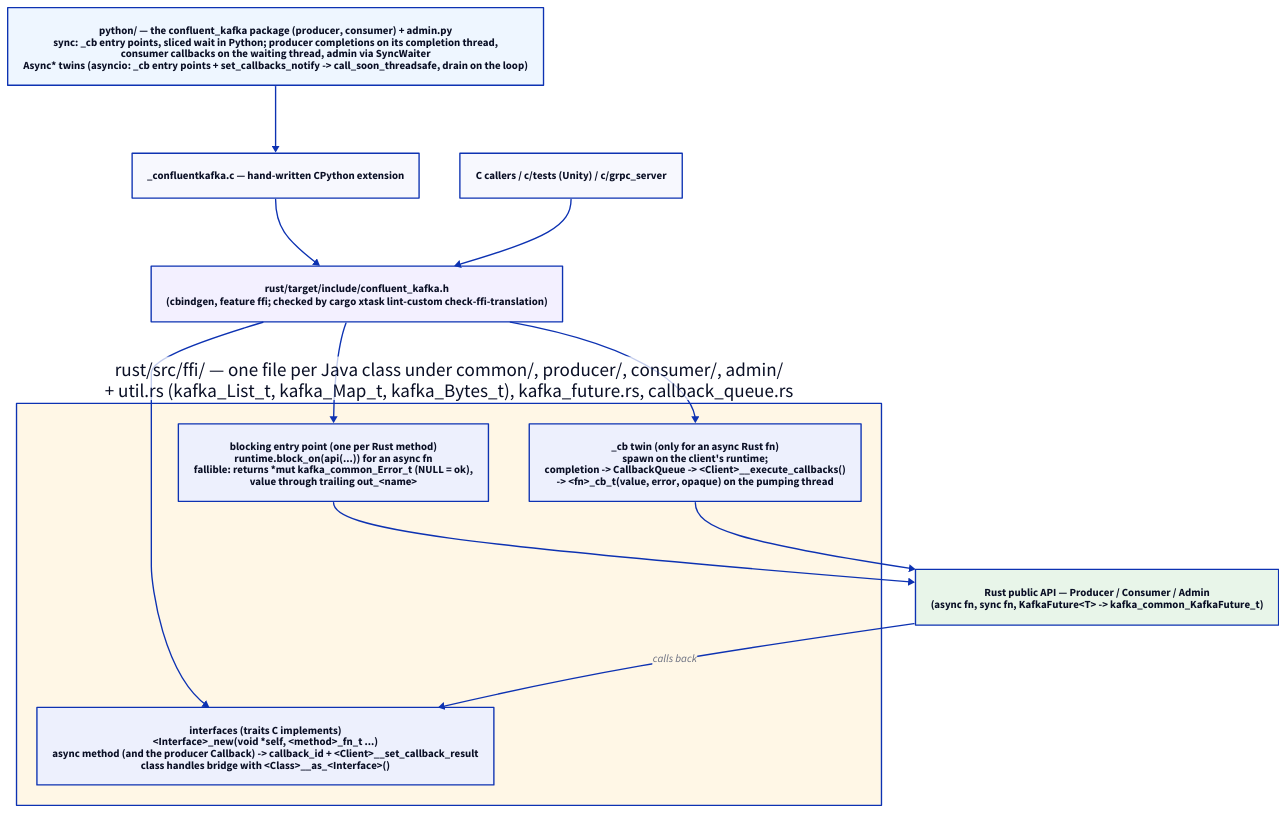
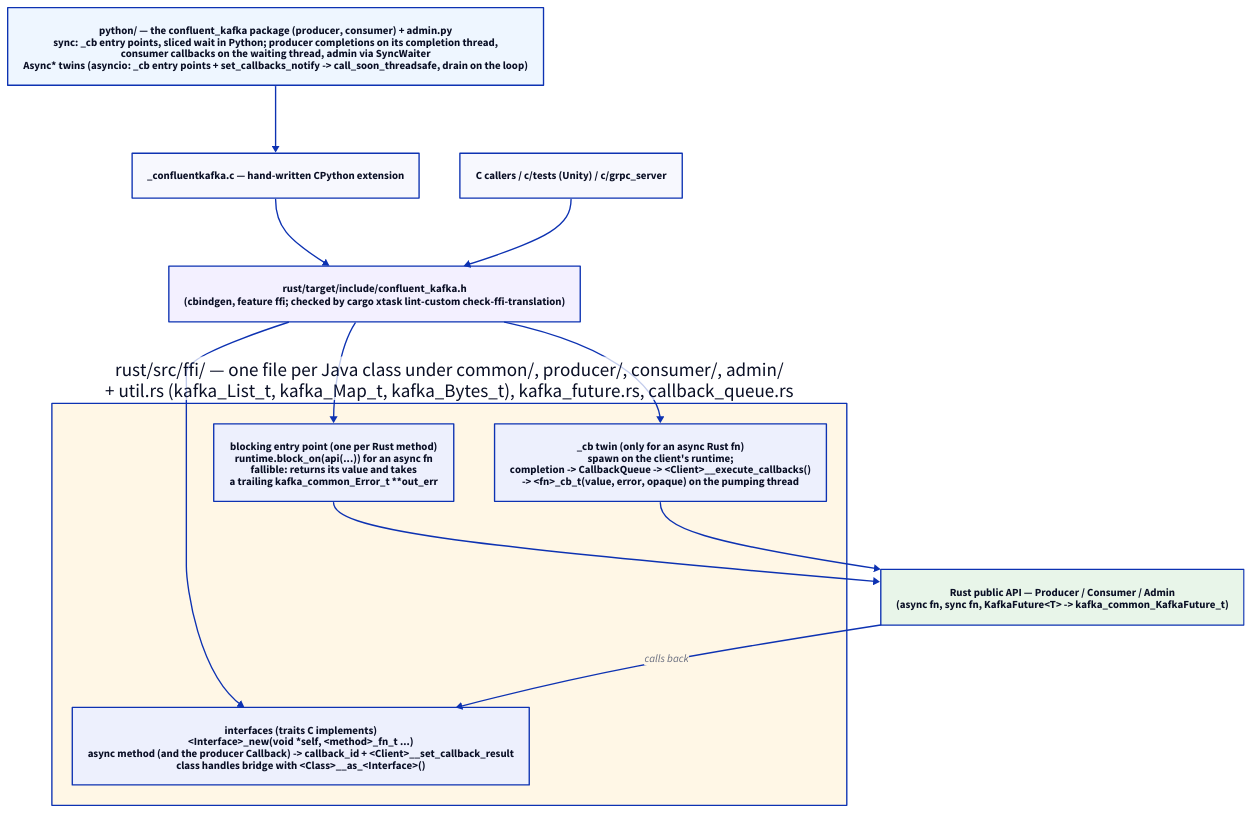
One commit to confluentinc/kafka-clients changed the diagram in design/current/img/bindings-layering.d2. Above: the diagram before and after it, drawn with D2. The commit also changed 4 other files, not shown here.

First line of the commit message:
docs: describe fallible functions taking a trailing out_err

```diff
--- a/design/current/img/bindings-layering.d2
+++ b/design/current/img/bindings-layering.d2
@@ -1,44 +1,44 @@
 # How the C and Python bindings sit on the async Rust API.
 #
 # Source of truth for design/current/img/bindings-layering.svg.
 # Render with: make -C design/current d2
 #
 # The point of this diagram: the C API mirrors the Rust (and so the Java)
 # surface one-to-one under CLAUDE.md §4 -- a blocking entry point per Rust
 # `async fn` plus a `_cb` twin whose completion is queued on the client's
 # callbacks vector and run by `__execute_callbacks` on a caller thread; a
 # sync Rust `fn` crosses once. No Rust thread ever runs a user callback.
 # Both bindings are thin layers over that surface.
 
 direction: down
 
 py: "python/ — the confluent_kafka package (producer, consumer) + admin.py\nsync: _cb entry points, sliced wait in Python; producer completions on its completion thread,\nconsumer callbacks on the waiting thread, admin via SyncWaiter\nAsync* twins (asyncio: _cb entry points + set_callbacks_notify -> call_soon_threadsafe, drain on the loop)" {
   style.fill: "#eef6ff"
 }
 pyext: "_confluentkafka.c — hand-written CPython extension"
 c: "C callers / c/tests (Unity) / c/grpc_server"
 
 header: "rust/target/include/confluent_kafka.h\n(cbindgen, feature ffi; checked by cargo xtask lint-custom check-ffi-translation)" {
   style.fill: "#f3f0ff"
 }
 
 ffi: "rust/src/ffi/ — one file per Java class under common/, producer/, consumer/, admin/\n+ util.rs (kafka_List_t, kafka_Map_t, kafka_Bytes_t), kafka_future.rs, callback_queue.rs" {
   style.fill: "#fff7e6"
 
-  sync: "blocking entry point (one per Rust method)\nruntime.block_on(api(...)) for an async fn\nfallible: returns *mut kafka_common_Error_t (NULL = ok),\nvalue through trailing out_<name>"
+  sync: "blocking entry point (one per Rust method)\nruntime.block_on(api(...)) for an async fn\nfallible: returns its value and takes\na trailing kafka_common_Error_t **out_err"
   cb: "_cb twin (only for an async Rust fn)\nspawn on the client's runtime;\ncompletion -> CallbackQueue -> <Client>__execute_callbacks()\n-> <fn>_cb_t(value, error, opaque) on the pumping thread"
   iface: "interfaces (traits C implements)\n<Interface>_new(void *self, <method>_fn_t ...)\nasync method (and the producer Callback) -> callback_id + <Client>__set_callback_result\nclass handles bridge with <Class>__as_<Interface>()"
 }
 
 core: "Rust public API — Producer / Consumer / Admin\n(async fn, sync fn, KafkaFuture<T> -> kafka_common_KafkaFuture_t)" {
   style.fill: "#e8f5e9"
 }
 
 py -> pyext -> header
 c -> header
 header -> ffi.sync
 header -> ffi.cb
 header -> ffi.iface
 ffi.sync -> core
 ffi.cb -> core
 core -> ffi.iface: "calls back"
```
